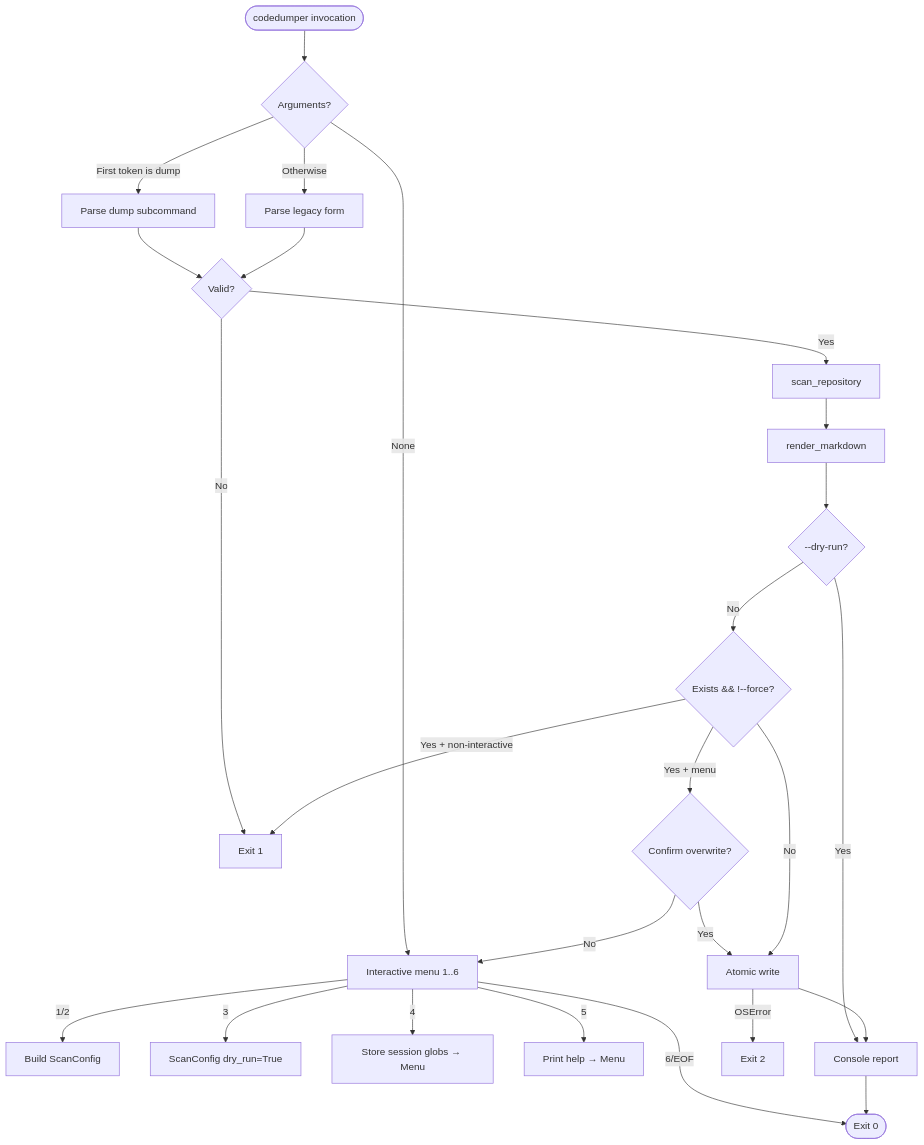
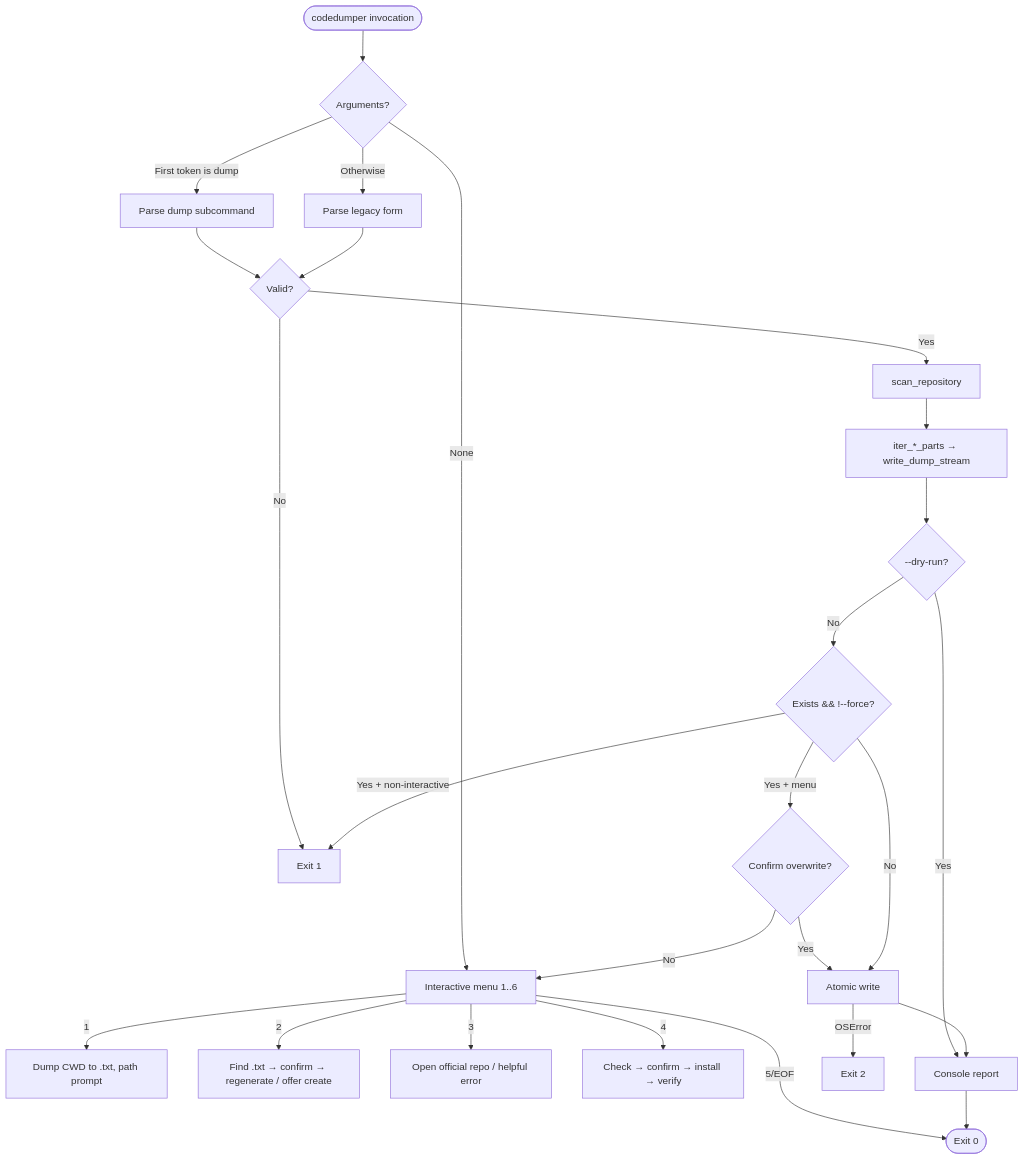
Before and after one commit to farhadakhtar/code_dumper: the first of 2 diagrams in docs/DRD.md, drawn with Mermaid. The commit also changed other lines of this file and 11 other files, not shown here.

Commit message:
feat: ux polish (cli/reporter/updater/docs) + exempt docs/tests from secret scan false positives

````diff
--- a/docs/DRD.md
+++ b/docs/DRD.md
@@ -201,27 +228,27 @@
 ```mermaid
 flowchart TD
     Invoke([codedumper invocation]) --> HasArgs{Arguments?}
     HasArgs -->|None| Menu[Interactive menu 1..6]
     HasArgs -->|First token is dump| Sub[Parse dump subcommand]
     HasArgs -->|Otherwise| Leg[Parse legacy form]
-    Menu -->|1/2| Cfg[Build ScanConfig]
-    Menu -->|3| Dry[ScanConfig dry_run=True]
-    Menu -->|4| Sess[Store session globs → Menu]
-    Menu -->|5| Help[Print help → Menu]
-    Menu -->|6/EOF| Exit0([Exit 0])
+    Menu -->|1| Get[Dump CWD to .txt, path prompt]
+    Menu -->|2| Update[Find .txt → confirm → regenerate / offer create]
+    Menu -->|3| Browser[Open official repo / helpful error]
+    Menu -->|4| Updater[Check → confirm → install → verify]
+    Menu -->|5/EOF| Exit0([Exit 0])
     Sub --> Val{Valid?}
     Leg --> Val
     Val -->|No| Exit1[Exit 1]
     Val -->|Yes| Scan[scan_repository]
-    Scan --> Render[render_markdown]
-    Render --> IsDry{--dry-run?}
+    Scan --> Stream[iter_*_parts → write_dump_stream]
+    Stream --> IsDry{--dry-run?}
     IsDry -->|Yes| Report[Console report]
     IsDry -->|No| Guard{Exists && !--force?}
     Guard -->|Yes + non-interactive| Exit1
     Guard -->|Yes + menu| Confirm{Confirm overwrite?}
     Confirm -->|No| Menu
     Confirm -->|Yes| Write[Atomic write]
     Guard -->|No| Write
     Write -->|OSError| Exit2[Exit 2]
     Write --> Report --> Exit0
 ```
````
